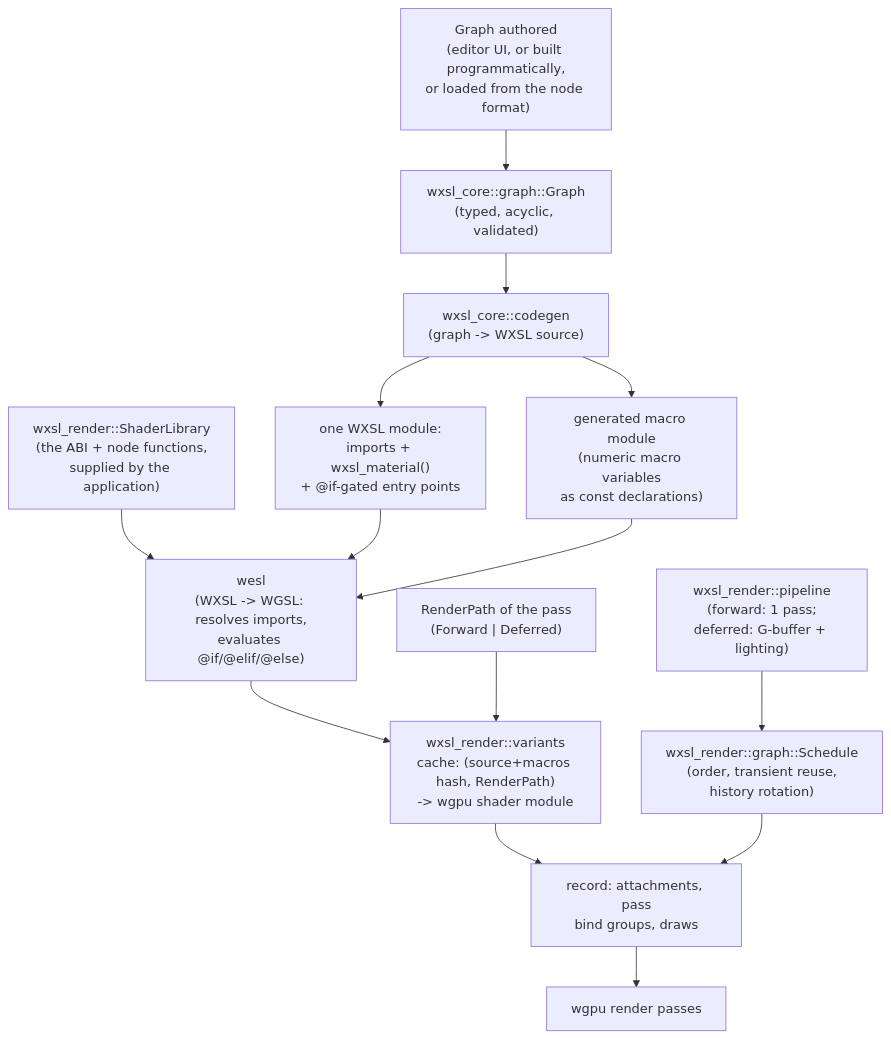
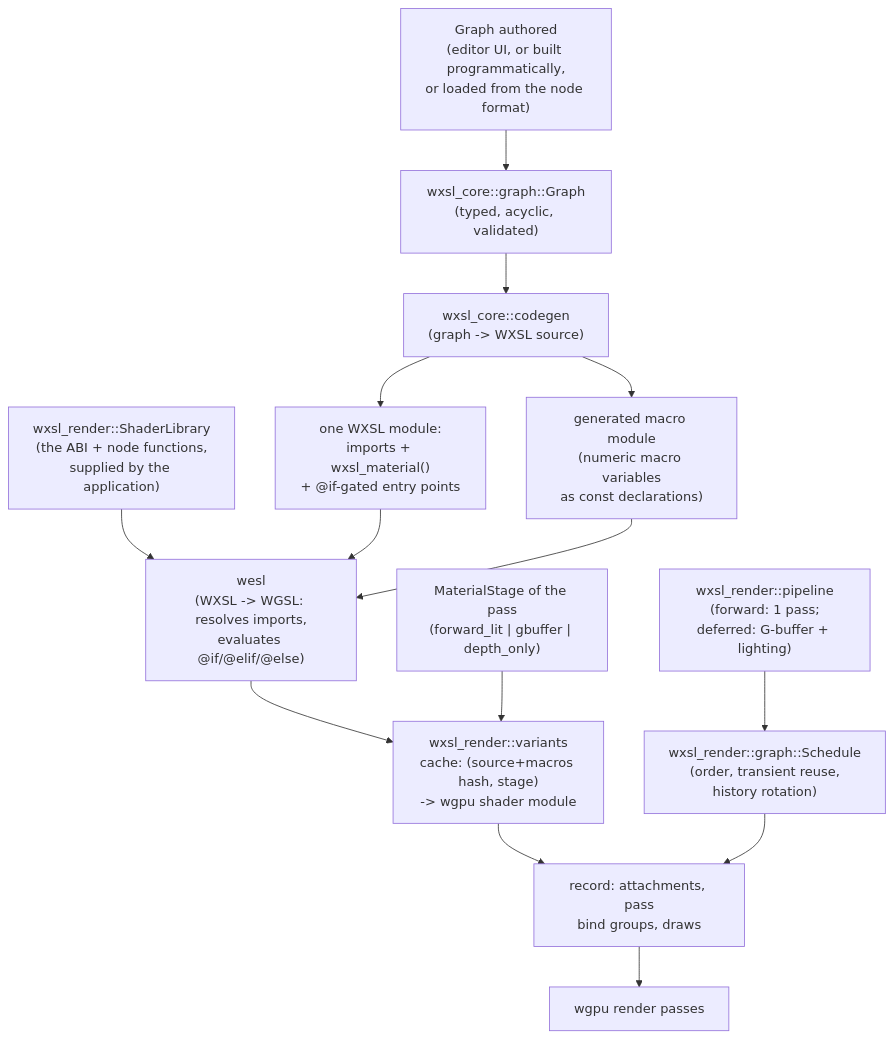
One commit to lapiequichante/wesloom changed the second of 2 diagrams in docs/architecture.md. Above: the diagram before and after it, drawn with Mermaid. The commit also changed other lines of this file and 31 other files, not shown here.

````diff
--- a/docs/architecture.md
+++ b/docs/architecture.md
@@ -117,16 +117,16 @@
 ```mermaid
 graph TD
     author["Graph authored<br/>(editor UI, or built programmatically,<br/>or loaded from the node format)"] --> model
     model["wxsl_core::graph::Graph<br/>(typed, acyclic, validated)"] --> codegen["wxsl_core::codegen<br/>(graph -> WXSL source)"]
     codegen --> weslsrc["one WXSL module:<br/>imports + wxsl_material()<br/>+ @if-gated entry points"]
     codegen --> macromod["generated macro module<br/>(numeric macro variables<br/>as const declarations)"]
     library["wxsl_render::ShaderLibrary<br/>(the ABI + node functions,<br/>supplied by the application)"] --> compiler
     weslsrc --> compiler["wesl<br/>(WXSL -> WGSL: resolves imports,<br/>evaluates @if/@elif/@else)"]
     macromod --> compiler
-    compiler --> variants["wxsl_render::variants<br/>cache: (source+macros hash, RenderPath)<br/>-> wgpu shader module"]
-    path["RenderPath of the pass<br/>(Forward | Deferred)"] --> variants
+    compiler --> variants["wxsl_render::variants<br/>cache: (source+macros hash, stage)<br/>-> wgpu shader module"]
+    path["MaterialStage of the pass<br/>(forward_lit | gbuffer | depth_only)"] --> variants
     variants --> record
     passes["wxsl_render::pipeline<br/>(forward: 1 pass;<br/>deferred: G-buffer + lighting)"] --> schedule["wxsl_render::graph::Schedule<br/>(order, transient reuse,<br/>history rotation)"]
     schedule --> record["record: attachments, pass<br/>bind groups, draws"]
     record --> gpu["wgpu render passes"]
 ```
````
